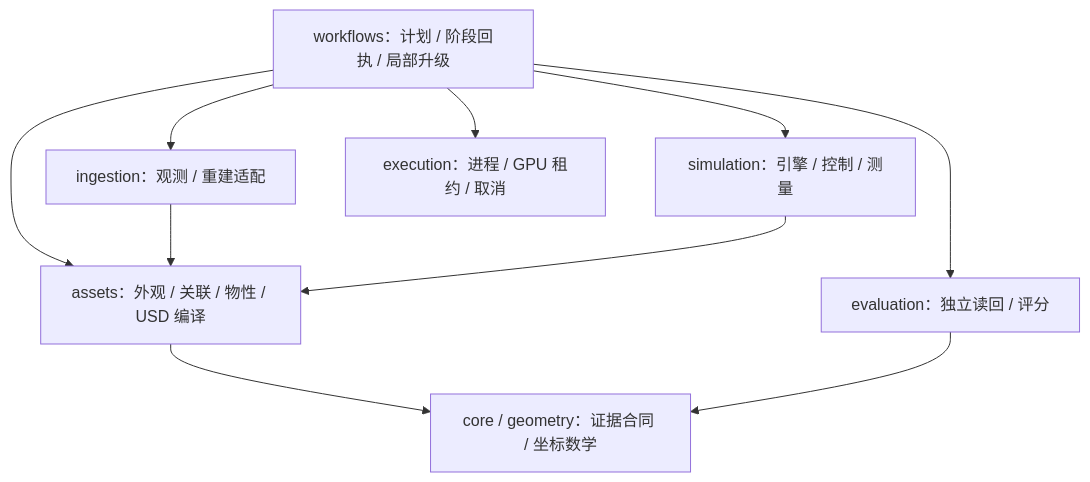
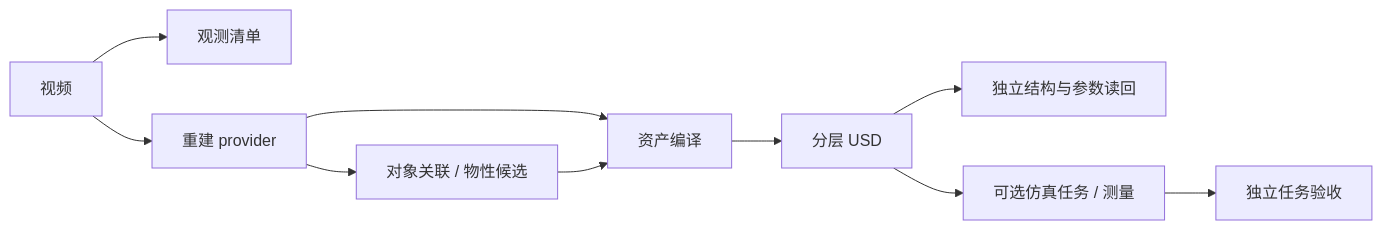
Before and after one commit to miracle-techlink/aholo-powergrid-simready: the diagram in docs/architecture.md, drawn with Mermaid. The commit also changed other lines of this file and 110 other files, not shown here.

````diff
--- a/docs/architecture.md
+++ b/docs/architecture.md
@@ -11,12 +5,12 @@
 ```mermaid
-flowchart TD
-    W[workflows：计划 / 阶段回执 / 局部升级] --> I[ingestion：观测 / 重建适配]
-    W --> A[assets：外观 / 关联 / 物性 / USD 编译]
-    W --> S[simulation：引擎 / 控制 / 测量]
-    W --> E[evaluation：独立读回 / 评分]
-    W --> X[execution：进程 / GPU 租约 / 取消]
-    I --> A
-    S --> A
-    A --> F[core / geometry：证据合同 / 坐标数学]
-    E --> F
+flowchart LR
+    V[视频] --> O[观测清单]
+    V --> R[重建 provider]
+    R --> A[对象关联 / 物性候选]
+    R --> C[资产编译]
+    A --> C
+    C --> U[分层 USD]
+    U --> E[独立结构与参数读回]
+    U --> S[可选仿真任务 / 测量]
+    S --> T[独立任务验收]
 ```
````
